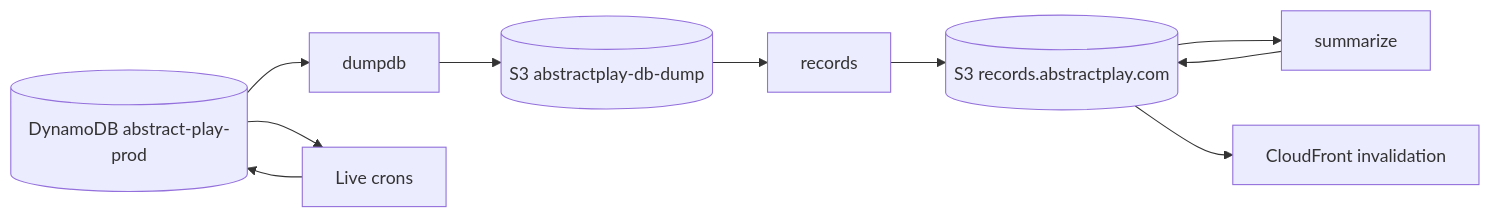
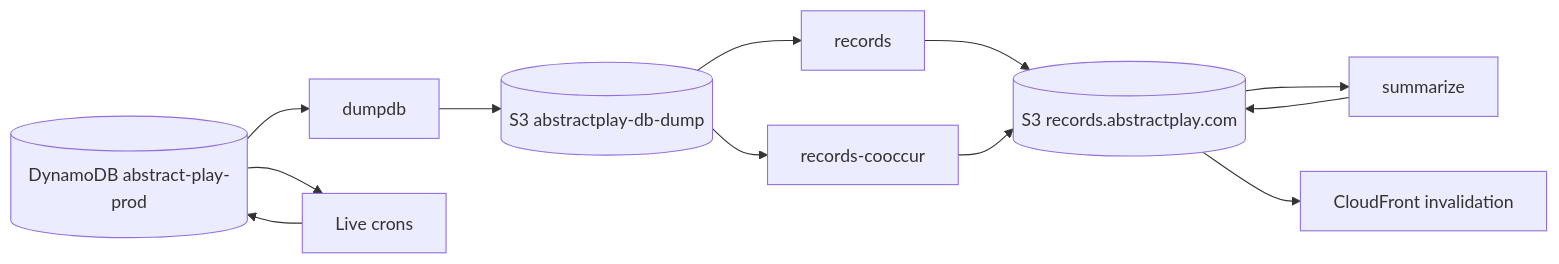
One commit to AbstractPlay/backend-crons changed the diagram in docs/architecture.md. Above: the diagram before and after it, drawn with Mermaid. The commit also changed other lines of this file and 11 other files, not shown here.

````diff
--- a/docs/architecture.md
+++ b/docs/architecture.md
@@ -39,12 +40,14 @@
 ```mermaid
 flowchart LR
     ddb[(DynamoDB abstract-play-prod)] --> dumpdb
     dumpdb --> s3dump[(S3 abstractplay-db-dump)]
     s3dump --> records
+    s3dump --> cooccur[records-cooccur]
     records --> s3rec[(S3 records.abstractplay.com)]
+    cooccur --> s3rec
     s3rec --> summarize
     summarize --> s3rec
     ddb --> live[Live crons]
     live --> ddb
     s3rec --> cf[CloudFront invalidation]
 ```
````
